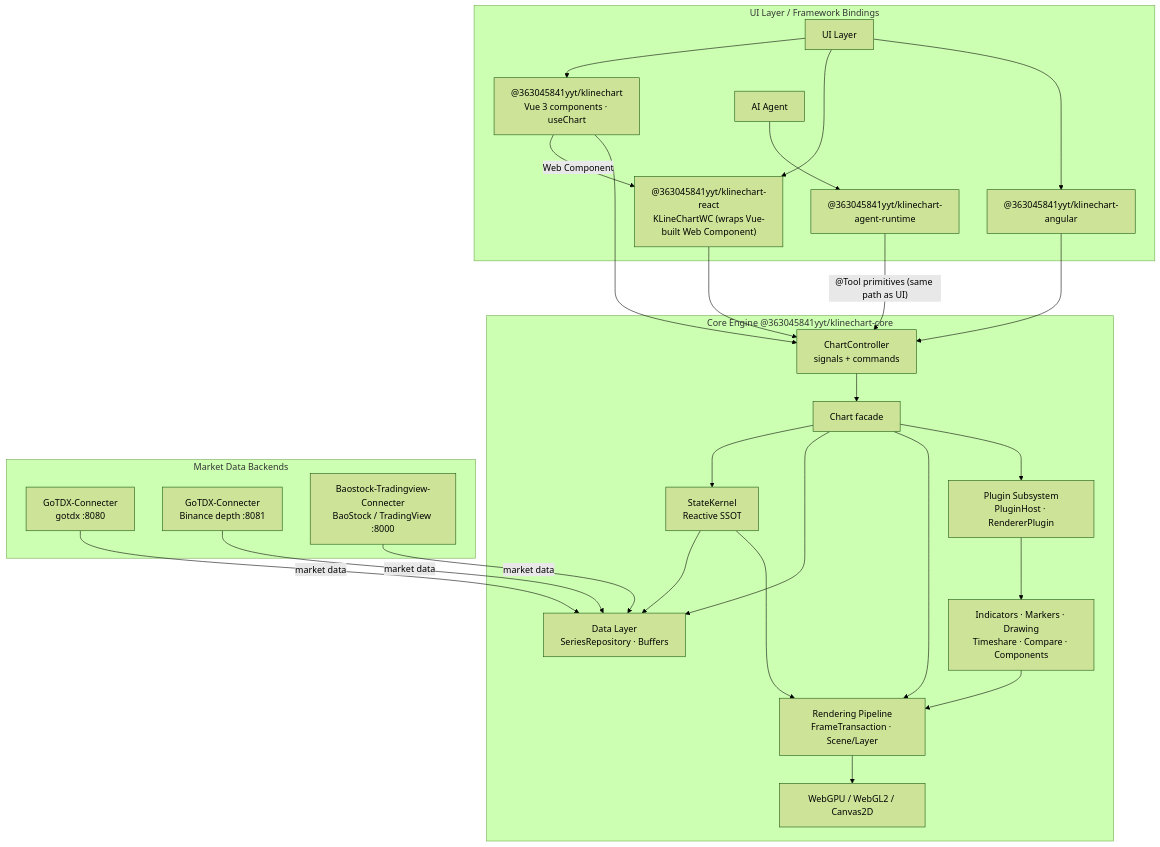
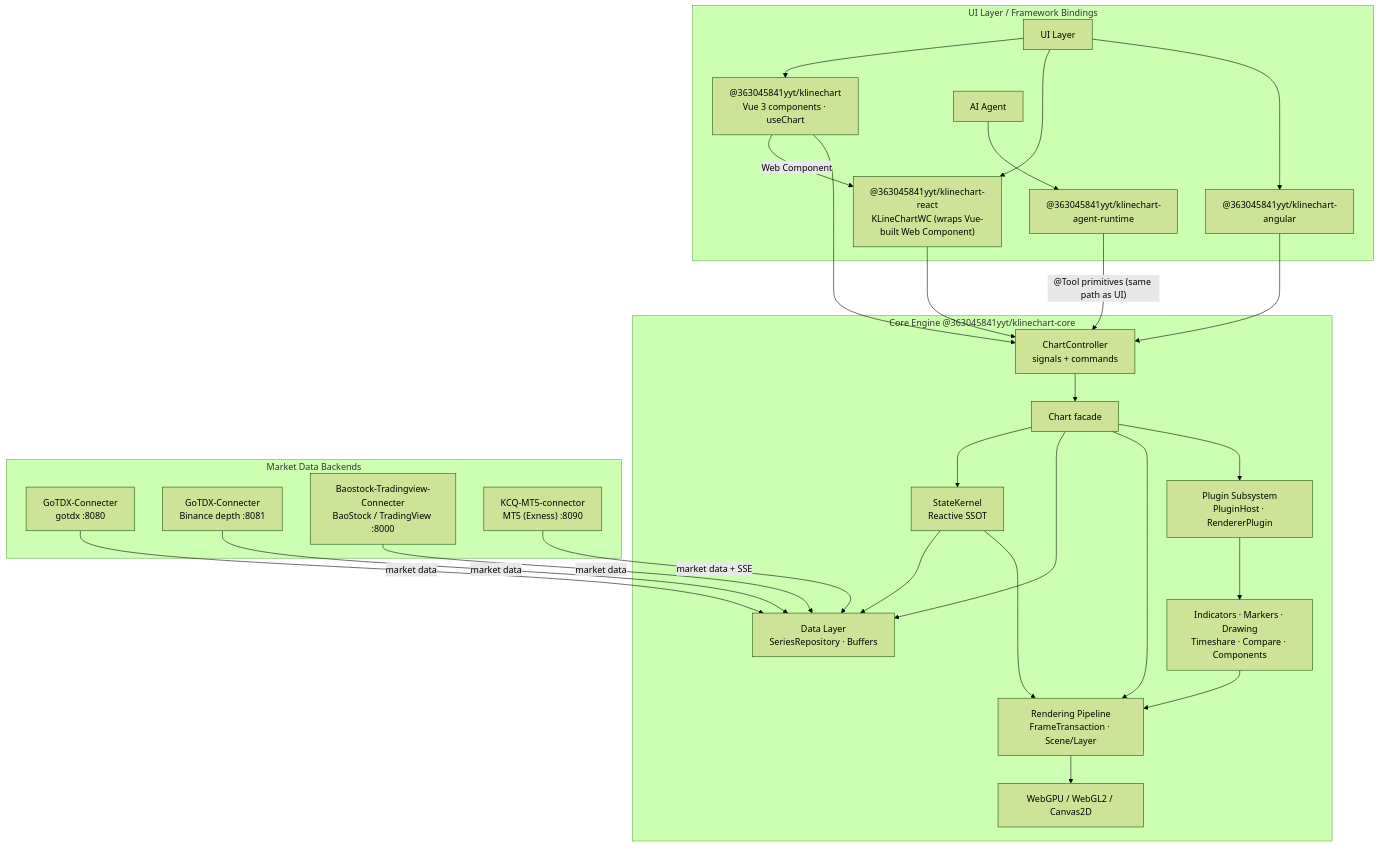
One commit to 363045841/KLineChartQuant changed the diagram in README.md. Above: the diagram before and after it, drawn with Mermaid (forest theme). The commit also changed other lines of this file and 16 other files, not shown here.

First line of the commit message:
feat(mt5): add local-terminal MT5 backend to setup and dev flow

````diff
--- a/README.md
+++ b/README.md
@@ -75,51 +75,53 @@
 ```mermaid
 flowchart TB
     subgraph app["UI Layer / Framework Bindings"]
         UI["UI Layer"]
         VuePkg["@363045841yyt/klinechart<br/>Vue 3 components · useChart"]
         ReactPkg["@363045841yyt/klinechart-react<br/>KLineChartWC (wraps Vue-built Web Component)"]
         AngularPkg["@363045841yyt/klinechart-angular"]
         Agent["AI Agent"]
         AgentRt["@363045841yyt/klinechart-agent-runtime"]
     end
 
     subgraph core["Core Engine @363045841yyt/klinechart-core"]
         Ctl["ChartController<br/>signals + commands"]
         Chart["Chart facade"]
         Kernel["StateKernel<br/>Reactive SSOT"]
         Data["Data Layer<br/>SeriesRepository · Buffers"]
         Pipe["Rendering Pipeline<br/>FrameTransaction · Scene/Layer"]
         GPU["WebGPU / WebGL2 / Canvas2D"]
         Plugin["Plugin Subsystem<br/>PluginHost · RendererPlugin"]
         Biz["Indicators · Markers · Drawing<br/>Timeshare · Compare · Components"]
     end
 
     subgraph conn["Market Data Backends"]
         Go["GoTDX-Connecter<br/>gotdx :8080"]
         Bn["GoTDX-Connecter<br/>Binance depth :8081"]
         Bs["Baostock-Tradingview-Connecter<br/>BaoStock / TradingView :8000"]
+        Mt["KCQ-MT5-connector<br/>MT5 (Exness) :8090"]
     end
 
     UI --> VuePkg
     UI --> ReactPkg
     UI --> AngularPkg
     VuePkg -->|"Web Component"| ReactPkg
     Agent --> AgentRt
     VuePkg --> Ctl
     ReactPkg --> Ctl
     AngularPkg --> Ctl
     AgentRt -->|"@Tool primitives (same path as UI)"| Ctl
     Ctl --> Chart
     Chart --> Kernel
     Chart --> Data
     Chart --> Pipe
     Chart --> Plugin
     Plugin --> Biz
     Biz --> Pipe
     Pipe --> GPU
     Go -->|market data| Data
     Bn -->|market data| Data
     Bs -->|market data| Data
+    Mt -->|"market data + SSE"| Data
     Kernel --> Data
     Kernel --> Pipe
 ```
````
